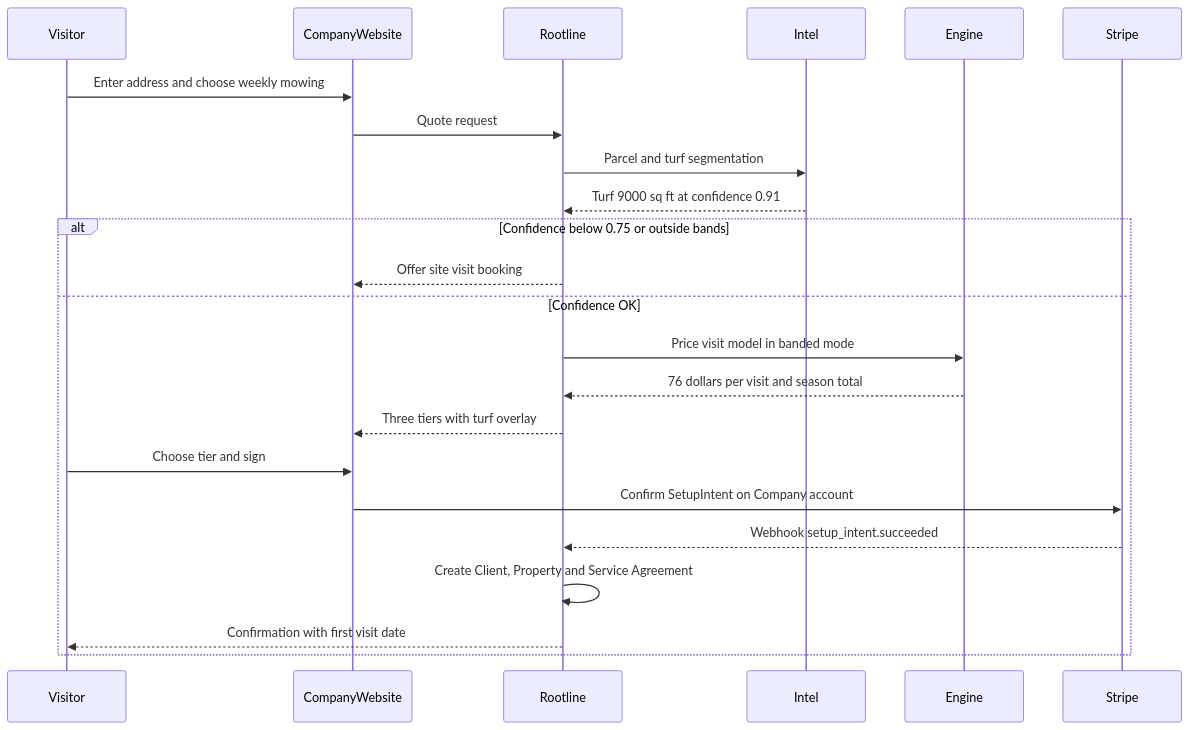
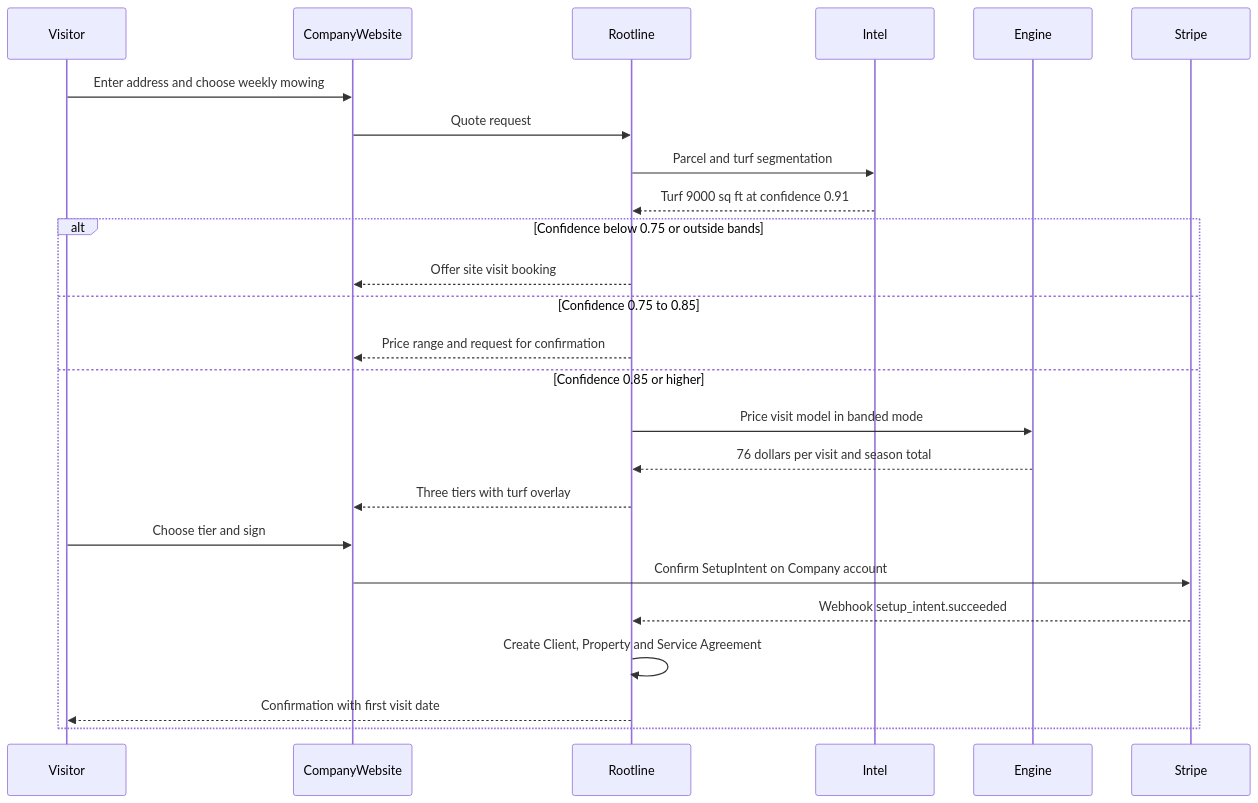
Before and after one commit to jdinard/landscape: the second of 8 diagrams in docs/03-crm-sales-estimating-proposals.md, drawn with Mermaid. The commit also changed other lines of this file and 13 other files, not shown here.

````diff
--- a/docs/03-crm-sales-estimating-proposals.md
+++ b/docs/03-crm-sales-estimating-proposals.md
@@ -1036,25 +1089,27 @@
 ```mermaid
 sequenceDiagram
   participant Visitor
   participant Web as CompanyWebsite
   participant API as Rootline
   participant Intel
   participant Engine
   participant Stripe
   Visitor->>Web: Enter address and choose weekly mowing
   Web->>API: Quote request
   API->>Intel: Parcel and turf segmentation
   Intel-->>API: Turf 9000 sq ft at confidence 0.91
   alt Confidence below 0.75 or outside bands
     API-->>Web: Offer site visit booking
-  else Confidence OK
+  else Confidence 0.75 to 0.85
+    API-->>Web: Price range and request for confirmation
+  else Confidence 0.85 or higher
     API->>Engine: Price visit model in banded mode
     Engine-->>API: 76 dollars per visit and season total
     API-->>Web: Three tiers with turf overlay
     Visitor->>Web: Choose tier and sign
     Web->>Stripe: Confirm SetupIntent on Company account
     Stripe-->>API: Webhook setup_intent.succeeded
     API->>API: Create Client, Property and Service Agreement
     API-->>Visitor: Confirmation with first visit date
   end
 ```
````
